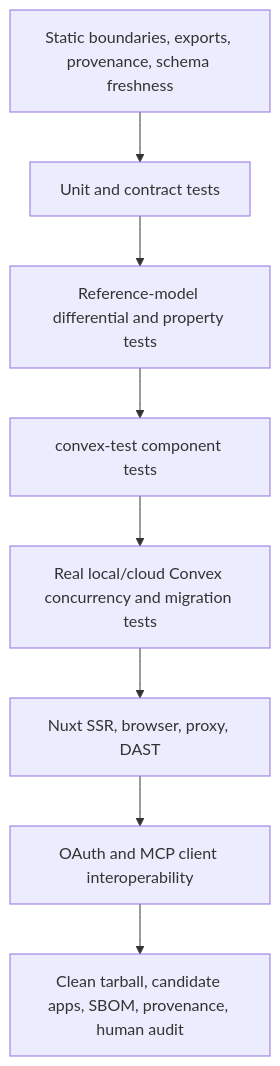
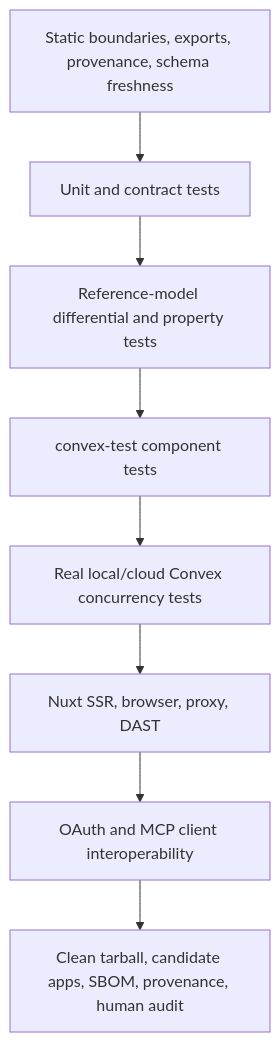
Before and after one commit to lupinum-dev/better-convex-nuxt: the third of 3 diagrams in plan.md, drawn with Mermaid. The commit also changed other lines of this file and 413 other files, not shown here.

````diff
--- a/plan.md
+++ b/plan.md
@@ -1989,10 +1968,10 @@
 ```mermaid
 flowchart TB
   Static["Static boundaries, exports, provenance, schema freshness"] --> Unit["Unit and contract tests"]
   Unit --> Differential["Reference-model differential and property tests"]
   Differential --> ConvexTest["convex-test component tests"]
-  ConvexTest --> RealConvex["Real local/cloud Convex concurrency and migration tests"]
+  ConvexTest --> RealConvex["Real local/cloud Convex concurrency tests"]
   RealConvex --> Browser["Nuxt SSR, browser, proxy, DAST"]
   Browser --> Interop["OAuth and MCP client interoperability"]
   Interop --> Release["Clean tarball, candidate apps, SBOM, provenance, human audit"]
 ```
````
